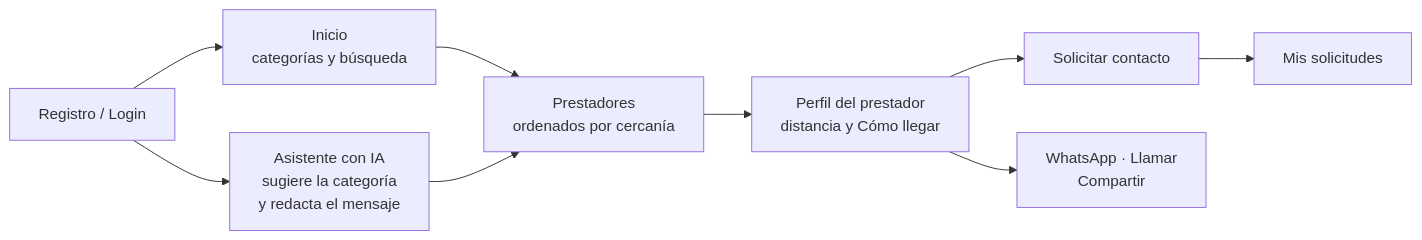
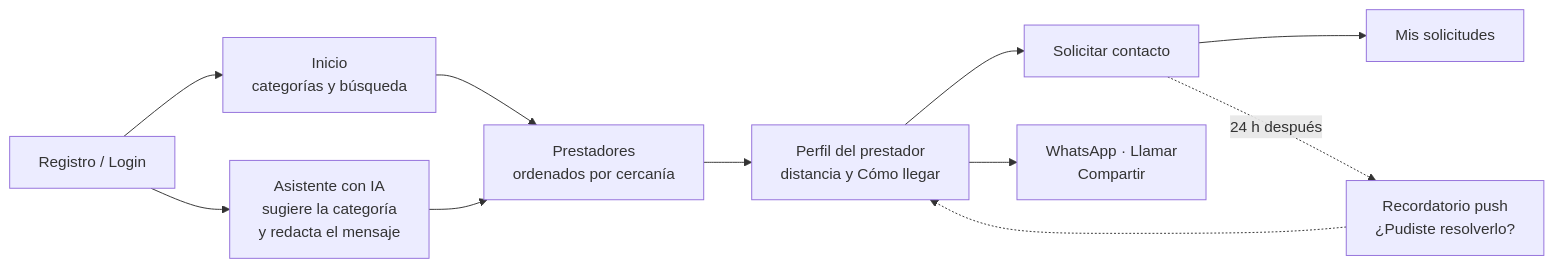
One commit to Gon-nazz19/ServiciosYA changed the diagram in README.md. Above: the diagram before and after it, drawn with Mermaid. The commit also changed other lines of this file and 15 other files, not shown here.

Commit message:
docs(tp6): retention strategies, push setup and campaigns, tests, screenshots and architecture section 9

````diff
--- a/README.md
+++ b/README.md
@@ -44,11 +49,13 @@
 ```mermaid
 flowchart LR
     A[Registro / Login] --> B[Inicio<br/>categorías y búsqueda]
     A --> G[Asistente con IA<br/>sugiere la categoría<br/>y redacta el mensaje]
     B --> C[Prestadores<br/>ordenados por cercanía]
     G --> C
     C --> D[Perfil del prestador<br/>distancia y Cómo llegar]
     D --> E[Solicitar contacto]
     D --> H[WhatsApp · Llamar<br/>Compartir]
     E --> F[Mis solicitudes]
+    E -. "24 h después" .-> R[Recordatorio push<br/>¿Pudiste resolverlo?]
+    R -.-> D
 ```
````
